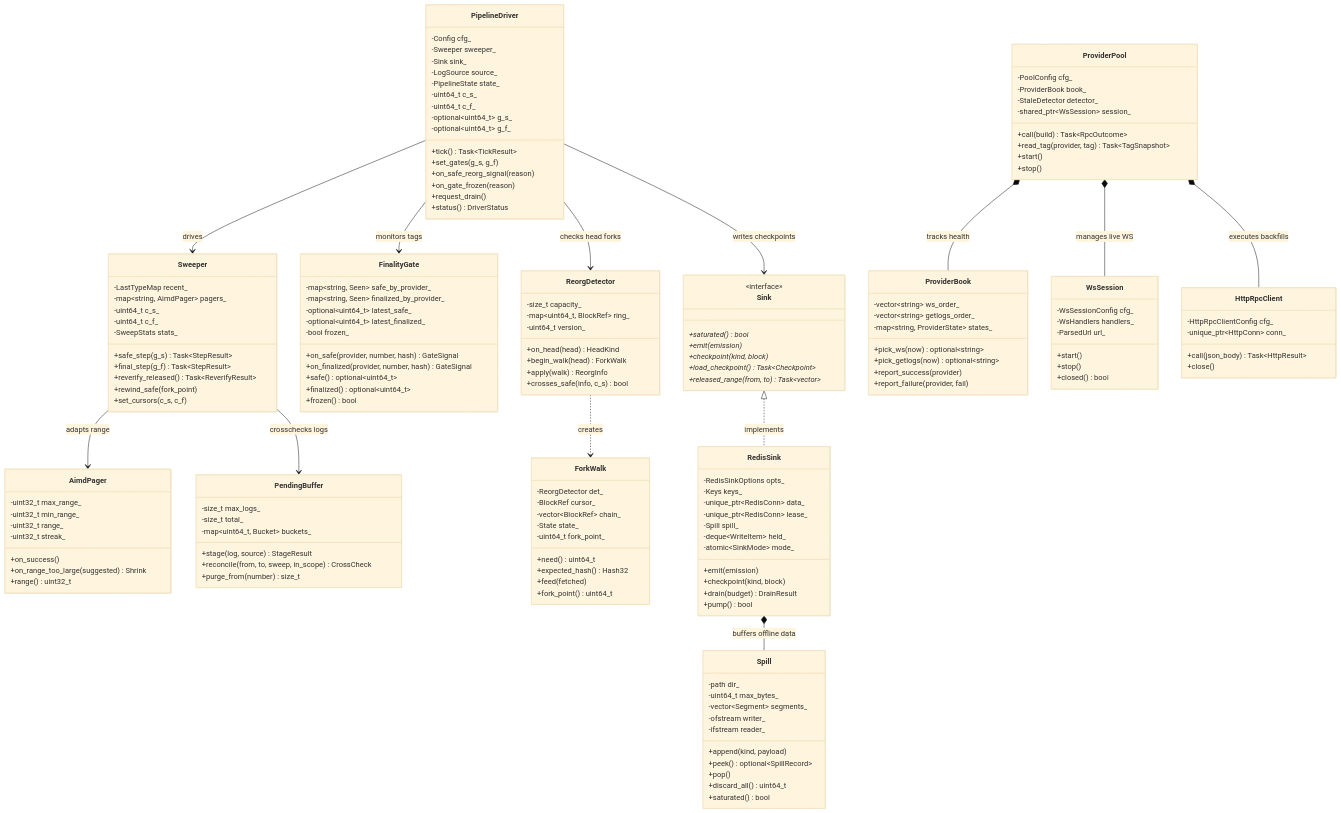
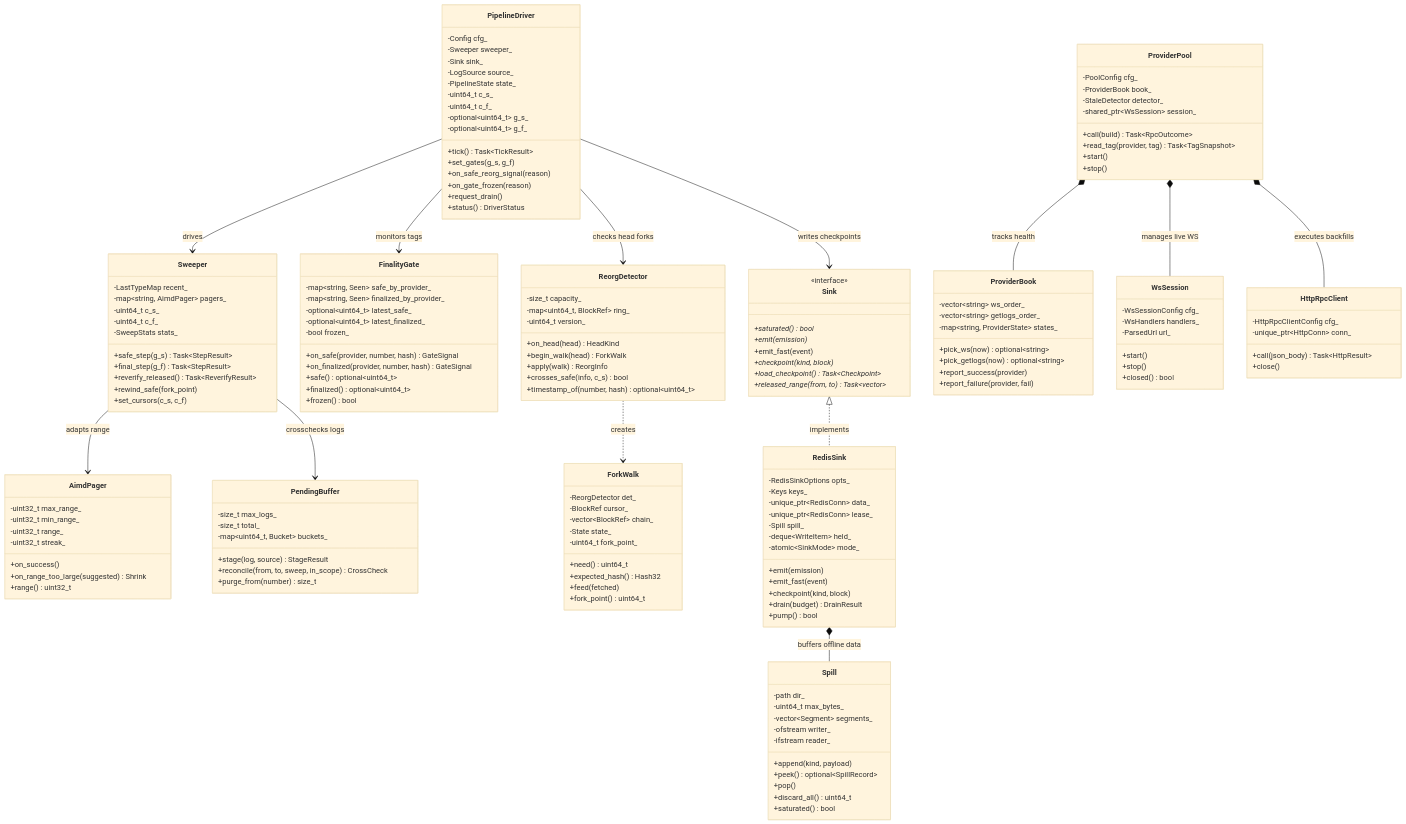
Before and after one commit to groai-fi/evm_cpp_listener: the second of 2 diagrams in doc/System_Modules_and_Architecture.md, drawn with Mermaid (base theme). The commit also changed other lines of this file and 5 other files, not shown here.

```diff
--- a/doc/System_Modules_and_Architecture.md
+++ b/doc/System_Modules_and_Architecture.md
@@ -352,6 +357,7 @@
         +begin_walk(head) ForkWalk
         +apply(walk) ReorgInfo
         +crosses_safe(info, c_s) bool
+        +timestamp_of(number, hash) optional~uint64_t~
     }
 
     class ForkWalk {
@@ -370,6 +376,7 @@
         <<interface>>
         +saturated()* bool
         +emit(emission)*
+        +emit_fast(event)
         +checkpoint(kind, block)*
         +load_checkpoint()* Task~Checkpoint~
         +released_range(from, to)* Task~vector~
@@ -384,6 +391,7 @@
         -deque~WriteItem~ held_
         -atomic~SinkMode~ mode_
         +emit(emission)
+        +emit_fast(event)
         +checkpoint(kind, block)
         +drain(budget) DrainResult
         +pump() bool
```
